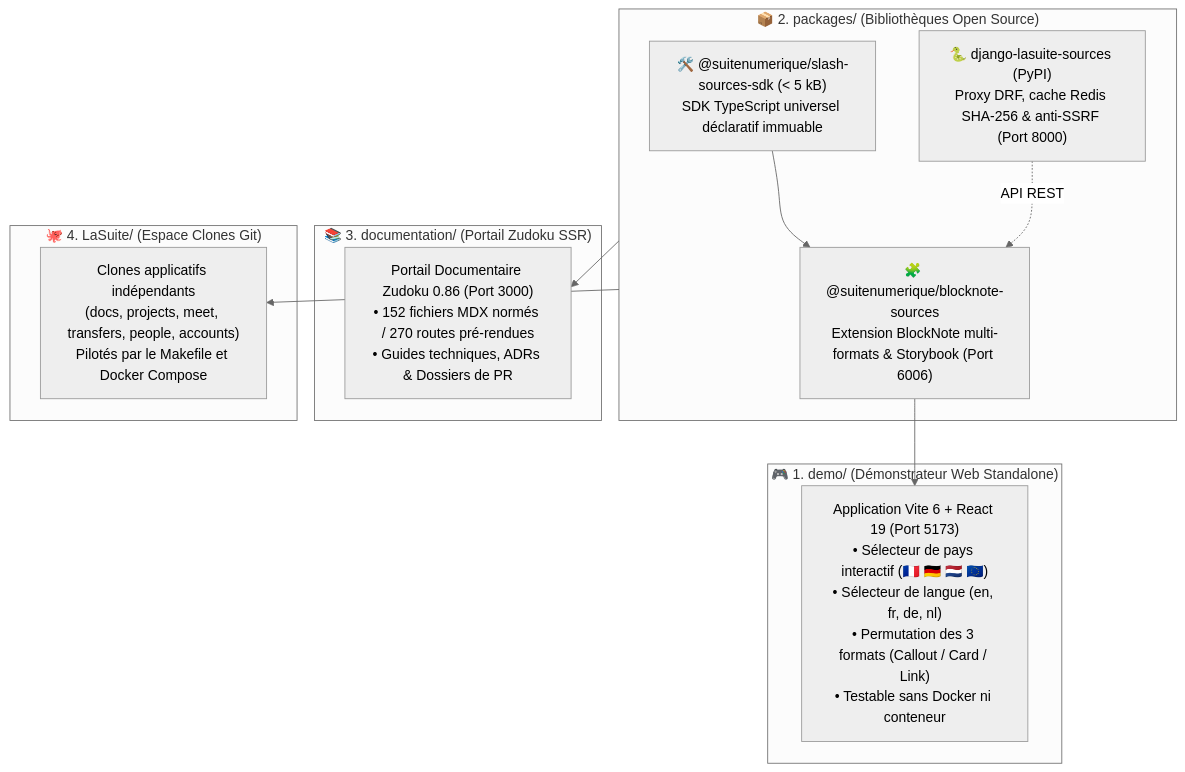
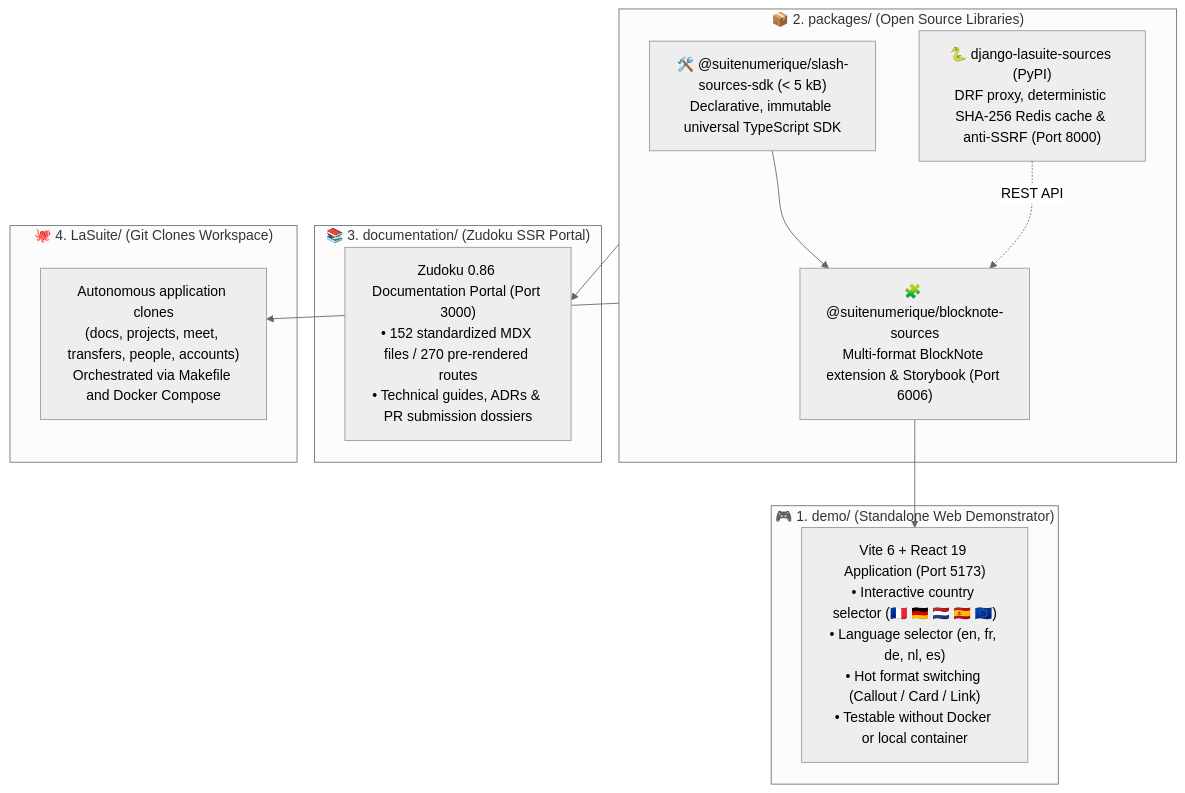
The diagram in README.md (waxland/dinum-setup), drawn with Mermaid (neutral theme) before and after one commit. The commit also changed other lines of this file and 77 other files, not shown here.

````diff
--- a/README.md
+++ b/README.md
@@ -13,26 +12,26 @@
 ```mermaid
 flowchart TD
-    subgraph P1["🎮 1. demo/ (Démonstrateur Web Standalone)"]
-        WebDemo["Application Vite 6 + React 19 (Port 5173)<br/>• Sélecteur de pays interactif (🇫🇷 🇩🇪 🇳🇱 🇪🇺)<br/>• Sélecteur de langue (en, fr, de, nl)<br/>• Permutation des 3 formats (Callout / Card / Link)<br/>• Testable sans Docker ni conteneur"]
+    subgraph P1["🎮 1. demo/ (Standalone Web Demonstrator)"]
+        WebDemo["Vite 6 + React 19 Application (Port 5173)<br/>• Interactive country selector (🇫🇷 🇩🇪 🇳🇱 🇪🇸 🇪🇺)<br/>• Language selector (en, fr, de, nl, es)<br/>• Hot format switching (Callout / Card / Link)<br/>• Testable without Docker or local container"]
     end
 
-    subgraph P2["📦 2. packages/ (Bibliothèques Open Source)"]
-        SDK["🛠️ @suitenumerique/slash-sources-sdk (&lt; 5 kB)<br/>SDK TypeScript universel déclaratif immuable"]
-        BN["🧩 @suitenumerique/blocknote-sources<br/>Extension BlockNote multi-formats & Storybook (Port 6006)"]
-        DJ["🐍 django-lasuite-sources (PyPI)<br/>Proxy DRF, cache Redis SHA-256 & anti-SSRF (Port 8000)"]
+    subgraph P2["📦 2. packages/ (Open Source Libraries)"]
+        SDK["🛠️ @suitenumerique/slash-sources-sdk (&lt; 5 kB)<br/>Declarative, immutable universal TypeScript SDK"]
+        BN["🧩 @suitenumerique/blocknote-sources<br/>Multi-format BlockNote extension & Storybook (Port 6006)"]
+        DJ["🐍 django-lasuite-sources (PyPI)<br/>DRF proxy, deterministic SHA-256 Redis cache & anti-SSRF (Port 8000)"]
     end
 
-    subgraph P3["📚 3. documentation/ (Portail Zudoku SSR)"]
-        Zudoku["Portail Documentaire Zudoku 0.86 (Port 3000)<br/>• 152 fichiers MDX normés / 270 routes pré-rendues<br/>• Guides techniques, ADRs & Dossiers de PR"]
+    subgraph P3["📚 3. documentation/ (Zudoku SSR Portal)"]
+        Zudoku["Zudoku 0.86 Documentation Portal (Port 3000)<br/>• 152 standardized MDX files / 270 pre-rendered routes<br/>• Technical guides, ADRs & PR submission dossiers"]
     end
 
-    subgraph P4["🐙 4. LaSuite/ (Espace Clones Git)"]
-        Clones["Clones applicatifs indépendants<br/>(docs, projects, meet, transfers, people, accounts)<br/>Pilotés par le Makefile et Docker Compose"]
+    subgraph P4["🐙 4. LaSuite/ (Git Clones Workspace)"]
+        Clones["Autonomous application clones<br/>(docs, projects, meet, transfers, people, accounts)<br/>Orchestrated via Makefile and Docker Compose"]
     end
 
     SDK --> BN
     BN --> WebDemo
-    DJ -.->|API REST| BN
+    DJ -.->|REST API| BN
     P2 --> Zudoku
     P2 --> Clones
 ```
````
